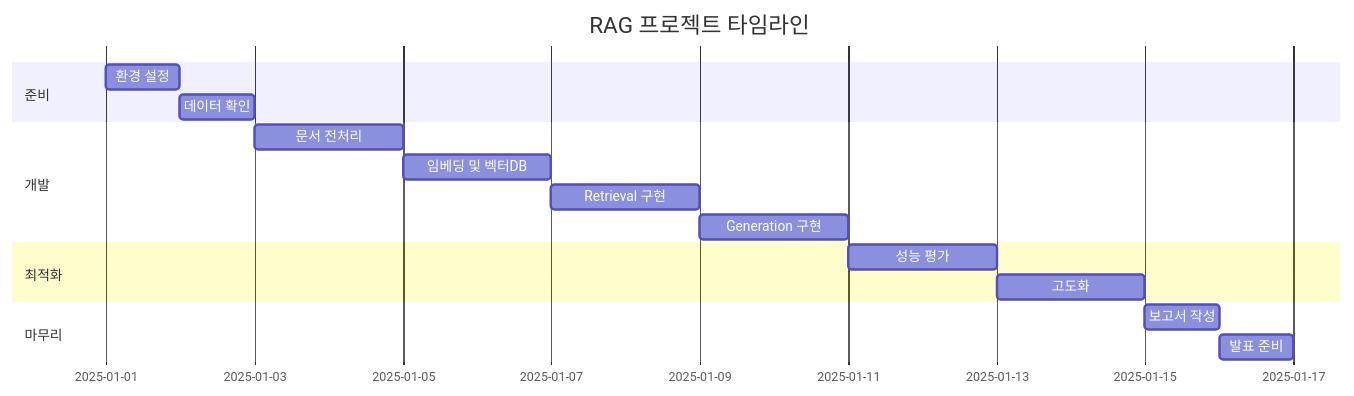
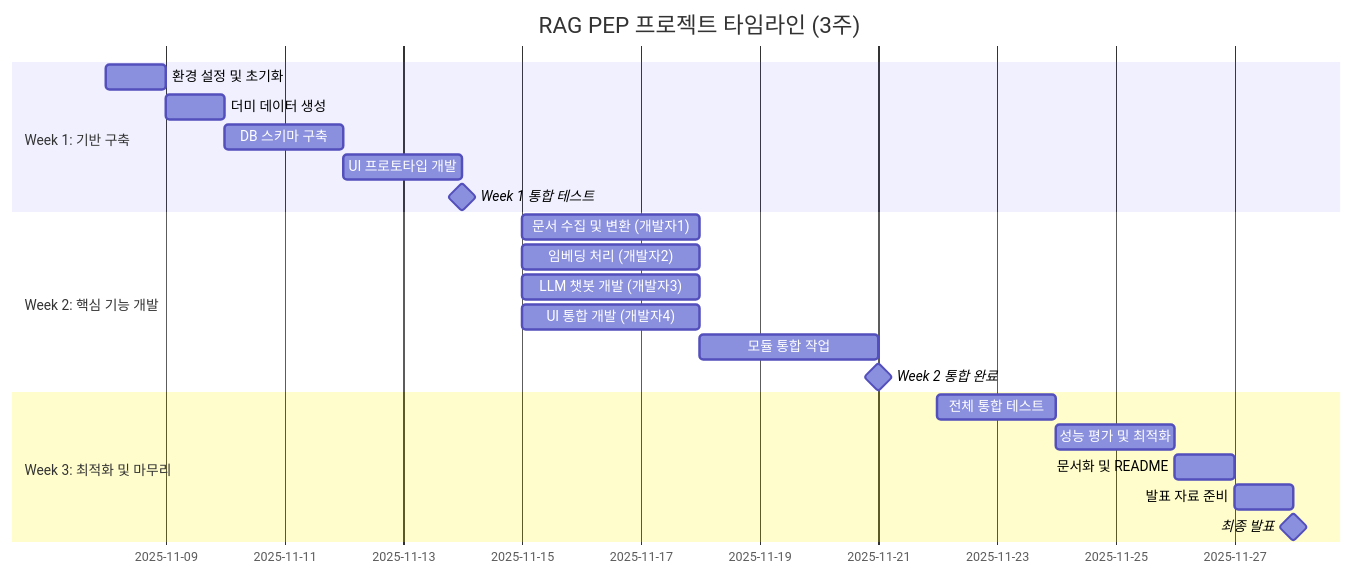
Before and after one commit to c0z0c/codeit_ai_g2b_search: the eighth of 8 diagrams in docs/doc/RAG_PEP_프로젝트_가이드.md, drawn with Mermaid. The commit also changed other lines of this file and 12 other files, not shown here.

````diff
--- a/docs/doc/RAG_PEP_프로젝트_가이드.md
+++ b/docs/doc/RAG_PEP_프로젝트_가이드.md
@@ -1409,19 +1578,27 @@
 ```mermaid
 gantt
-    title RAG 프로젝트 타임라인
+    title RAG PEP 프로젝트 타임라인 (3주)
     dateFormat  YYYY-MM-DD
-    section 준비
-    환경 설정           :a1, 2025-01-01, 1d
-    데이터 확인         :a2, after a1, 1d
-    section 개발
-    문서 전처리        :b1, after a2, 2d
-    임베딩 및 벡터DB   :b2, after b1, 2d
-    Retrieval 구현     :b3, after b2, 2d
-    Generation 구현    :b4, after b3, 2d
-    section 최적화
-    성능 평가         :c1, after b4, 2d
-    고도화            :c2, after c1, 2d
-    section 마무리
-    보고서 작성       :d1, after c2, 1d
-    발표 준비         :d2, after d1, 1d
+    
+    section Week 1: 기반 구축
+    환경 설정 및 초기화        :w1d1, 2025-11-08, 1d
+    더미 데이터 생성           :w1d2, after w1d1, 1d
+    DB 스키마 구축             :w1d3, after w1d2, 2d
+    UI 프로토타입 개발         :w1d4, after w1d3, 2d
+    Week 1 통합 테스트         :milestone, m1, after w1d4, 0d
+    
+    section Week 2: 핵심 기능 개발
+    문서 수집 및 변환 (개발자1) :w2d1, 2025-11-15, 3d
+    임베딩 처리 (개발자2)       :w2d2, 2025-11-15, 3d
+    LLM 챗봇 개발 (개발자3)     :w2d3, 2025-11-15, 3d
+    UI 통합 개발 (개발자4)      :w2d4, 2025-11-15, 3d
+    모듈 통합 작업              :w2d5, after w2d1, 3d
+    Week 2 통합 완료            :milestone, m2, after w2d5, 0d
+    
+    section Week 3: 최적화 및 마무리
+    전체 통합 테스트           :w3d1, 2025-11-22, 2d
+    성능 평가 및 최적화        :w3d2, after w3d1, 2d
+    문서화 및 README           :w3d3, after w3d2, 1d
+    발표 자료 준비             :w3d4, after w3d3, 1d
+    최종 발표                  :milestone, m3, 2025-11-28, 0d
 ```
````
